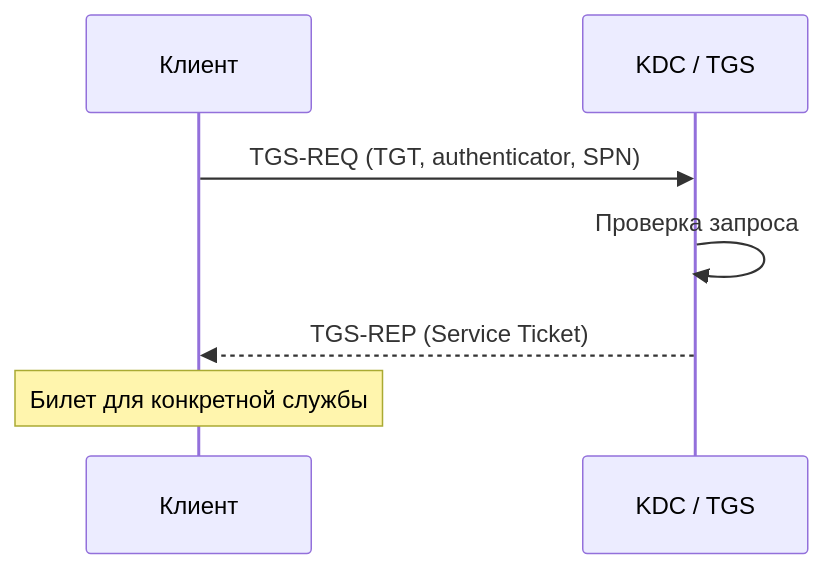
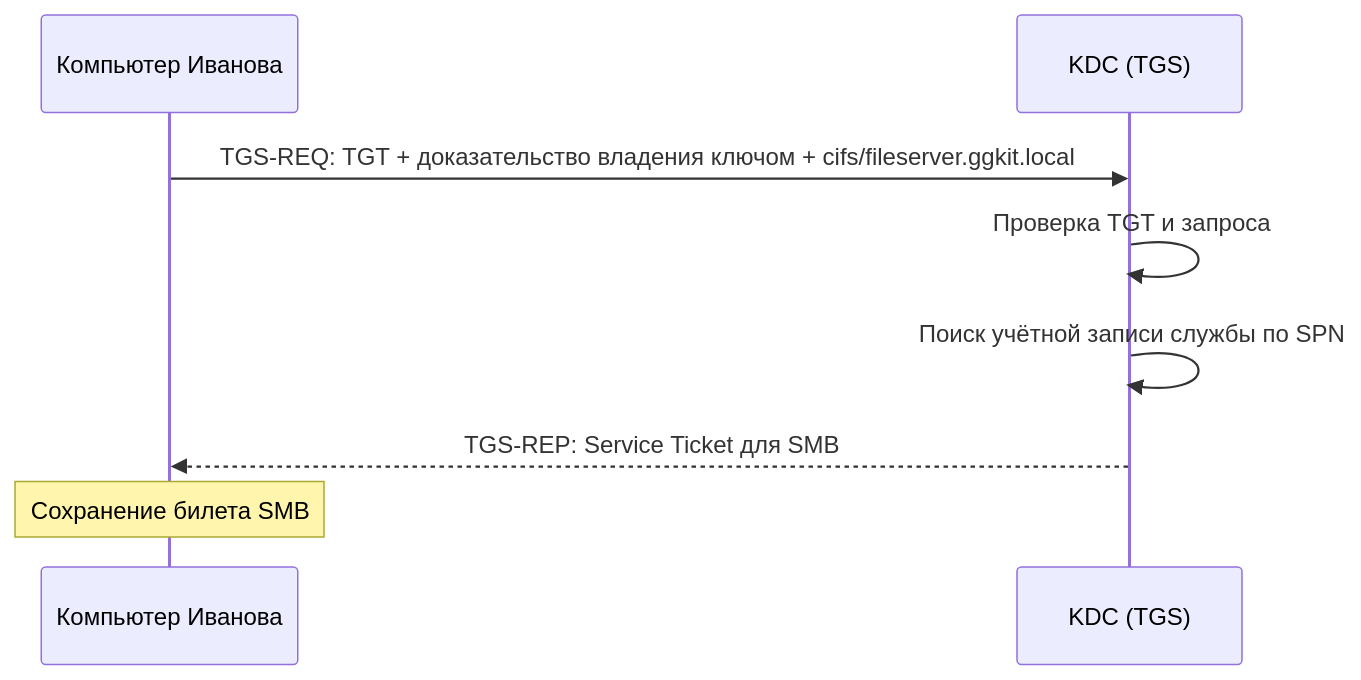
One commit to Dzhambulat-Kagermanov/obsidian-vault changed the fourth of 9 diagrams in DevOps/Сетевое и системное администрирование/3. Доменная инфраструктура/0. Основы доменной инфраструктуры/4. Kerberos — архитектура и процесс аутентификации.md. Above: the diagram before and after it, drawn with Mermaid. The commit also changed other lines of this file, not shown here.

````diff
--- a/DevOps/Сетевое и системное администрирование/3. Доменная инфраструктура/0. Основы доменной инфраструктуры/4. Kerberos — архитектура и процесс аутентификации.md
+++ b/DevOps/Сетевое и системное администрирование/3. Доменная инфраструктура/0. Основы доменной инфраструктуры/4. Kerberos — архитектура и процесс аутентификации.md
@@ -82,9 +138,10 @@
 ```mermaid
 sequenceDiagram
-    participant C as Клиент
-    participant K as KDC / TGS
-    C->>K: TGS-REQ (TGT, authenticator, SPN)
-    K->>K: Проверка запроса
-    K-->>C: TGS-REP (Service Ticket)
-    Note over C: Билет для конкретной службы
+    participant C as Компьютер Иванова
+    participant K as KDC (TGS)
+    C->>K: TGS-REQ: TGT + доказательство владения ключом + cifs/fileserver.ggkit.local
+    K->>K: Проверка TGT и запроса
+    K->>K: Поиск учётной записи службы по SPN
+    K-->>C: TGS-REP: Service Ticket для SMB
+    Note over C: Сохранение билета SMB
 ```
````
